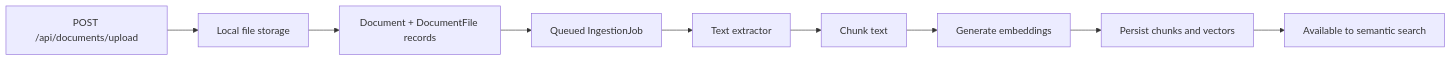
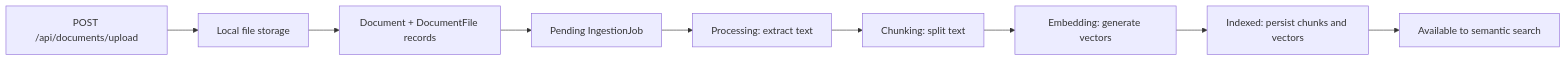
The eighth of 15 diagrams in docs/architecture/diagrams.md (Ermolz69/localmind-rag), drawn with Mermaid before and after one commit. The commit also changed 44 other files, not shown here.

Commit message:
feat: add ingestion job lifecycle (#40)

````diff
--- a/docs/architecture/diagrams.md
+++ b/docs/architecture/diagrams.md
@@ -181,11 +181,11 @@
 ```mermaid
 flowchart LR
     Upload["POST /api/documents/upload"] --> Storage["Local file storage"]
     Storage --> Record["Document + DocumentFile records"]
-    Record --> Job["Queued IngestionJob"]
-    Job --> Extract["Text extractor"]
-    Extract --> Chunk["Chunk text"]
-    Chunk --> Embed["Generate embeddings"]
-    Embed --> Persist["Persist chunks and vectors"]
+    Record --> Job["Pending IngestionJob"]
+    Job --> Processing["Processing: extract text"]
+    Processing --> Chunk["Chunking: split text"]
+    Chunk --> Embed["Embedding: generate vectors"]
+    Embed --> Persist["Indexed: persist chunks and vectors"]
     Persist --> Search["Available to semantic search"]
 ```
````
